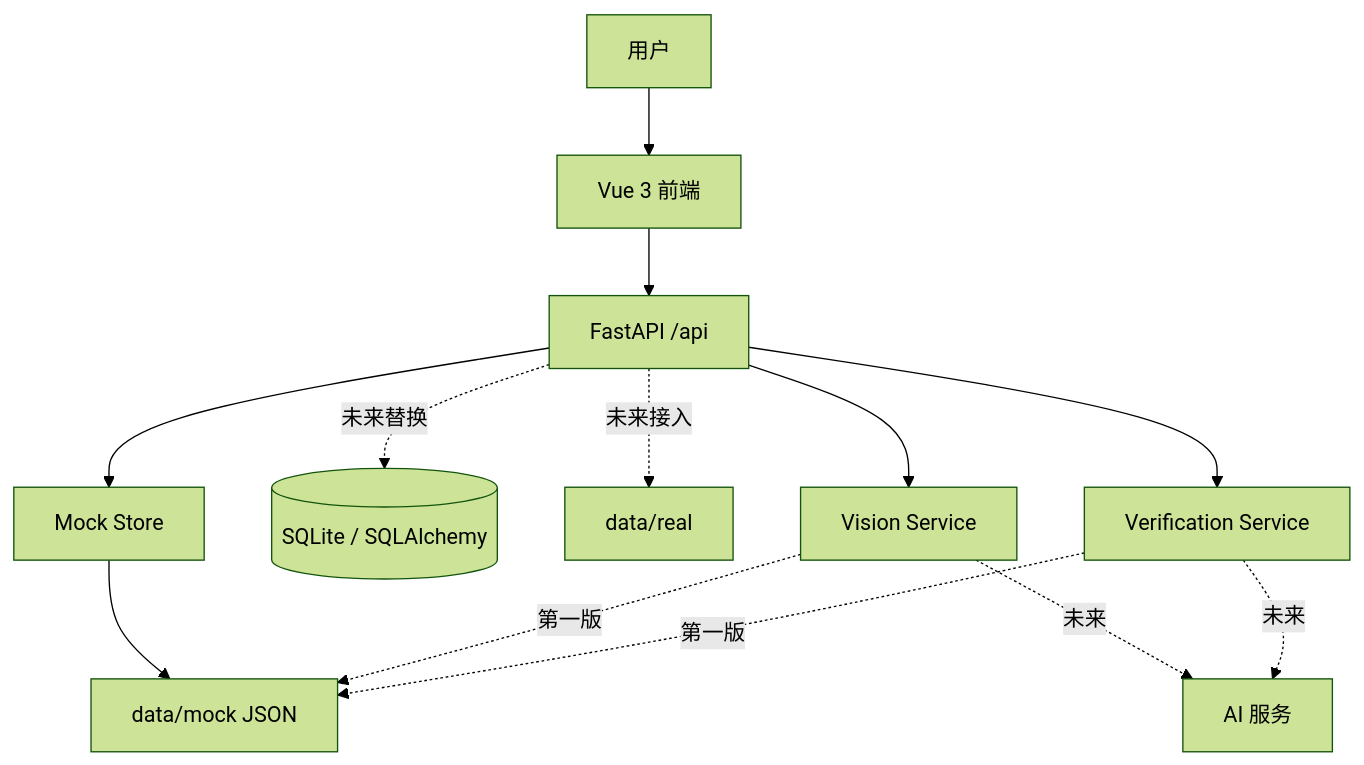
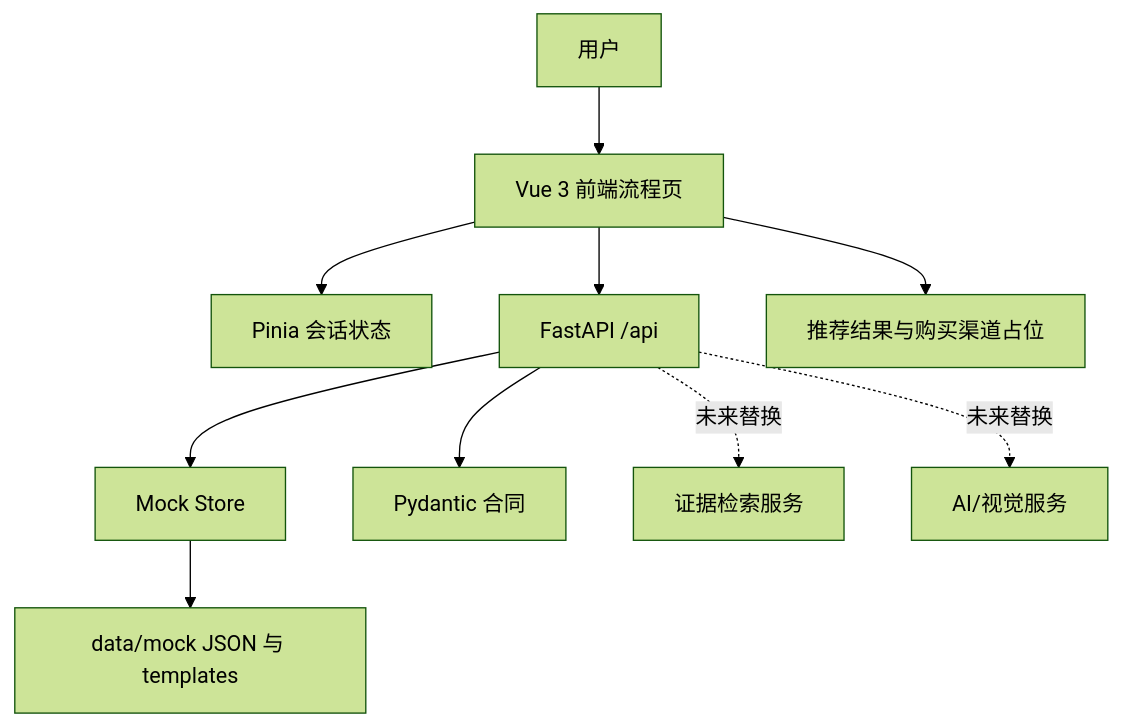
Before and after one commit to aubreymark1/product-verification: the diagram in docs/03-architecture.md, drawn with Mermaid (forest theme). The commit also changed other lines of this file and 26 other files, not shown here.

````diff
--- a/docs/03-architecture.md
+++ b/docs/03-architecture.md
@@ -3,15 +3,12 @@
 ```mermaid
 flowchart TB
-    U[用户] --> FE[Vue 3 前端]
+    U[用户] --> FE[Vue 3 前端流程页]
+    FE --> STATE[Pinia 会话状态]
     FE --> API[FastAPI /api]
     API --> STORE[Mock Store]
-    STORE --> MOCK[data/mock JSON]
-    API -.未来替换.-> DB[(SQLite / SQLAlchemy)]
-    API -.未来接入.-> REAL[data/real]
-    API --> VISION[Vision Service]
-    API --> VERIFY[Verification Service]
-    VISION -.第一版.-> MOCK
-    VERIFY -.第一版.-> MOCK
-    VISION -.未来.-> AIS[AI 服务]
-    VERIFY -.未来.-> AIS
+    STORE --> MOCK[data/mock JSON 与 templates]
+    API --> CONTRACT[Pydantic 合同]
+    API -.未来替换.-> RETRIEVAL[证据检索服务]
+    API -.未来替换.-> AIS[AI/视觉服务]
+    FE --> RESULT[推荐结果与购买渠道占位]
 ```
````
